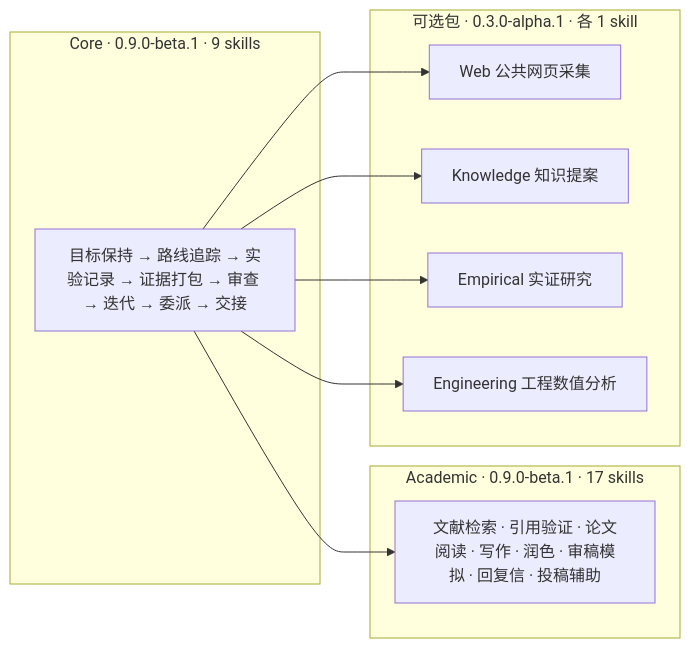
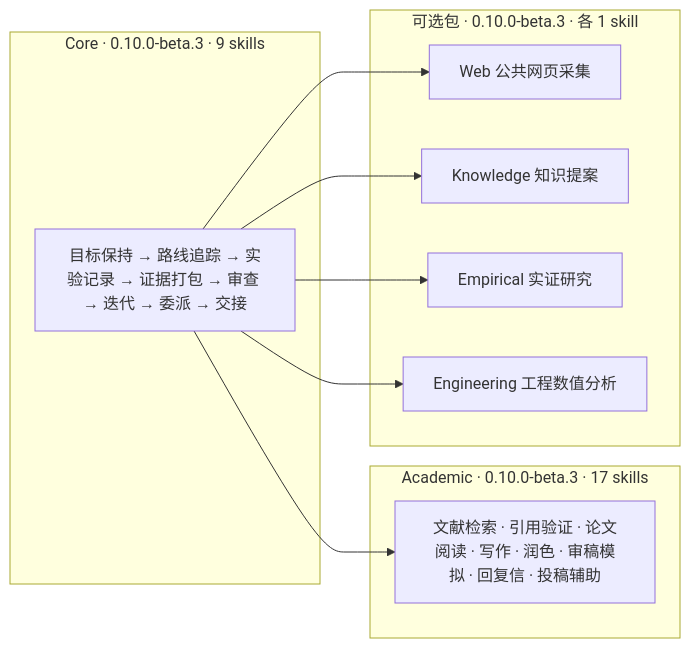
One commit to AlexenderSokolov/deepscientist-lite-codex-plugin changed the first of 2 diagrams in README.zh.md. Above: the diagram before and after it, drawn with Mermaid. The commit also changed other lines of this file and 368 other files, not shown here.

````diff
--- a/README.zh.md
+++ b/README.zh.md
@@ -12,17 +12,17 @@
 ```mermaid
 graph LR
-    subgraph "Core · 0.9.0-beta.1 · 9 skills"
+    subgraph "Core · 0.10.0-beta.3 · 9 skills"
         A["目标保持 → 路线追踪 → 实验记录 → 证据打包 → 审查 → 迭代 → 委派 → 交接"]
     end
-    subgraph "Academic · 0.9.0-beta.1 · 17 skills"
+    subgraph "Academic · 0.10.0-beta.3 · 17 skills"
         B["文献检索 · 引用验证 · 论文阅读 · 写作 · 润色 · 审稿模拟 · 回复信 · 投稿辅助"]
     end
-    subgraph "可选包 · 0.3.0-alpha.1 · 各 1 skill"
+    subgraph "可选包 · 0.10.0-beta.3 · 各 1 skill"
         C["Web 公共网页采集"]
         D["Knowledge 知识提案"]
         E["Empirical 实证研究"]
         F["Engineering 工程数值分析"]
     end
     A --> B
     A --> C & D & E & F
 ```
````
